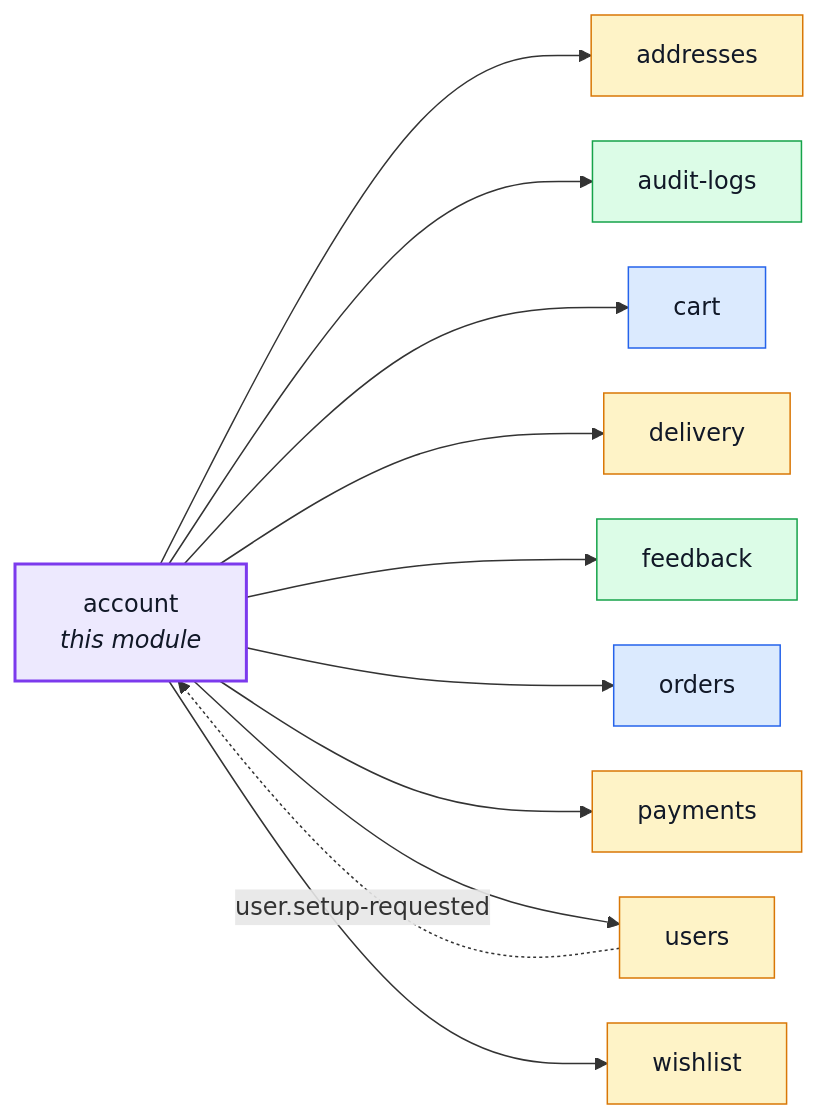
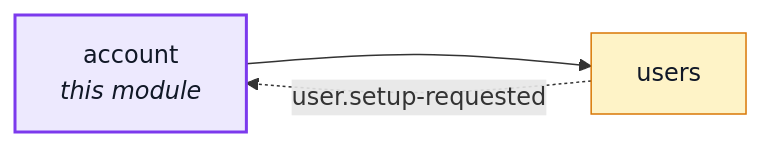
The first of 3 diagrams in docs/modules/account.md (Guebbit/boilerplate-node-backend), drawn with Mermaid before and after one commit. The commit also changed 35 other files, not shown here.

````diff
--- a/docs/modules/account.md
+++ b/docs/modules/account.md
@@ -16,34 +16,16 @@
 ```mermaid
 %%{init: {'flowchart': {'nodeSpacing': 30, 'rankSpacing': 60}}}%%
 flowchart LR
     account["account<br/><i>this module</i>"]
-    addresses["addresses"]
-    audit_logs["audit-logs"]
-    cart["cart"]
-    delivery["delivery"]
-    feedback["feedback"]
-    orders["orders"]
-    payments["payments"]
     users["users"]
-    wishlist["wishlist"]
 
-    account --> addresses
-    account --> audit_logs
-    account --> cart
-    account --> delivery
-    account --> feedback
-    account --> orders
-    account --> payments
     account --> users
-    account --> wishlist
     users -. "user.setup-requested" .-> account
 
     classDef core fill:#dbeafe,stroke:#2563eb,color:#111827;
     classDef supporting fill:#fef3c7,stroke:#d97706,color:#111827;
     classDef generic fill:#dcfce7,stroke:#16a34a,color:#111827;
     classDef centre fill:#ede9fe,stroke:#7c3aed,stroke-width:2px,color:#111827;
-    class cart,orders core;
-    class addresses,delivery,payments,users,wishlist supporting;
-    class audit_logs,feedback generic;
+    class users supporting;
     class account centre;
 ```
````
